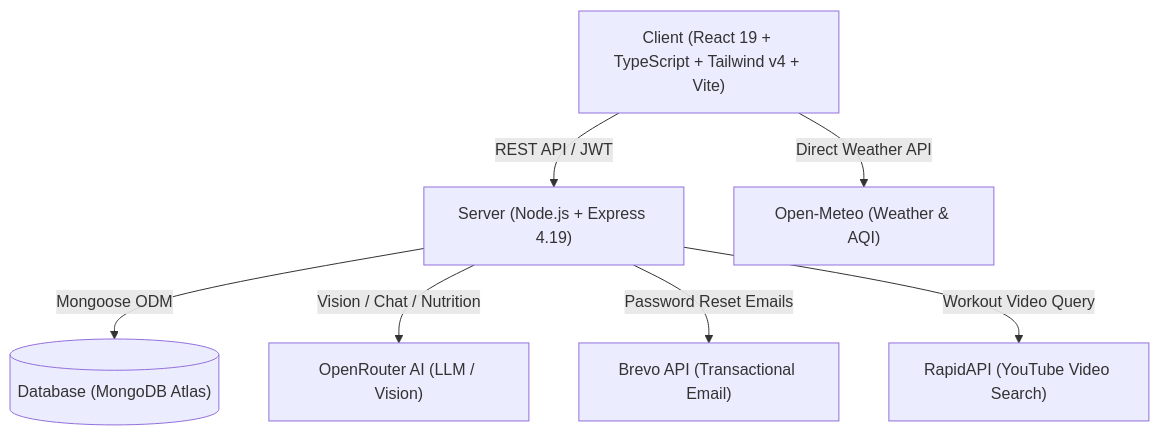
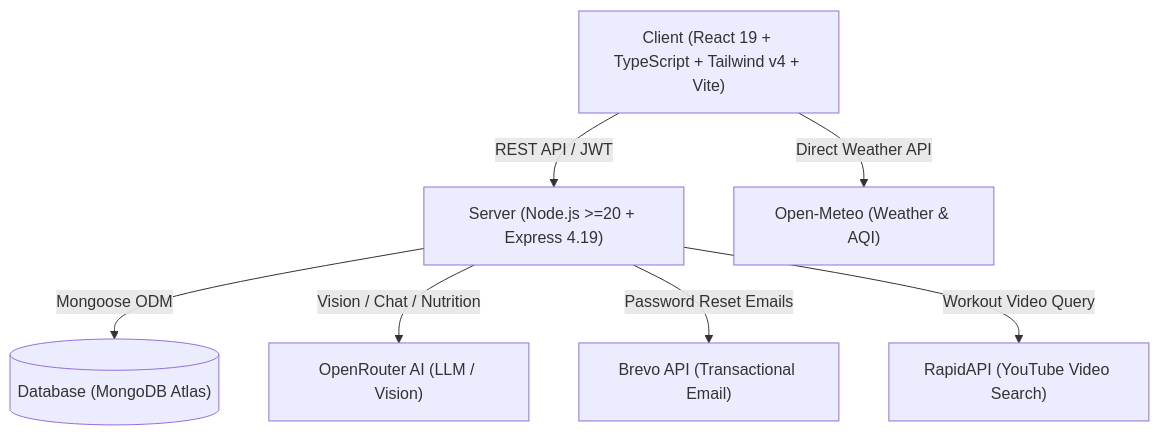
Before and after one commit to Jashan-randhawa/AI-FitnessTracker1: the diagram in README.md, drawn with Mermaid. The commit also changed other lines of this file, not shown here.

Commit message:
docs(readme): update features, security, testing, CI badge, and architecture

````diff
--- a/README.md
+++ b/README.md
@@ -89,17 +100,17 @@
 ```mermaid
 graph TD
     Client["Client (React 19 + TypeScript + Tailwind v4 + Vite)"]
-    Server["Server (Node.js + Express 4.19)"]
+    Server["Server (Node.js >=20 + Express 4.19)"]
     DB[("Database (MongoDB Atlas)")]
     OpenRouter["OpenRouter AI (LLM / Vision)"]
     OpenMeteo["Open-Meteo (Weather & AQI)"]
     Brevo["Brevo API (Transactional Email)"]
     YouTube["RapidAPI (YouTube Video Search)"]
 
     Client -->|REST API / JWT| Server
     Client -->|Direct Weather API| OpenMeteo
     Server -->|Mongoose ODM| DB
     Server -->|Vision / Chat / Nutrition| OpenRouter
     Server -->|Password Reset Emails| Brevo
     Server -->|Workout Video Query| YouTube
 ```
````
